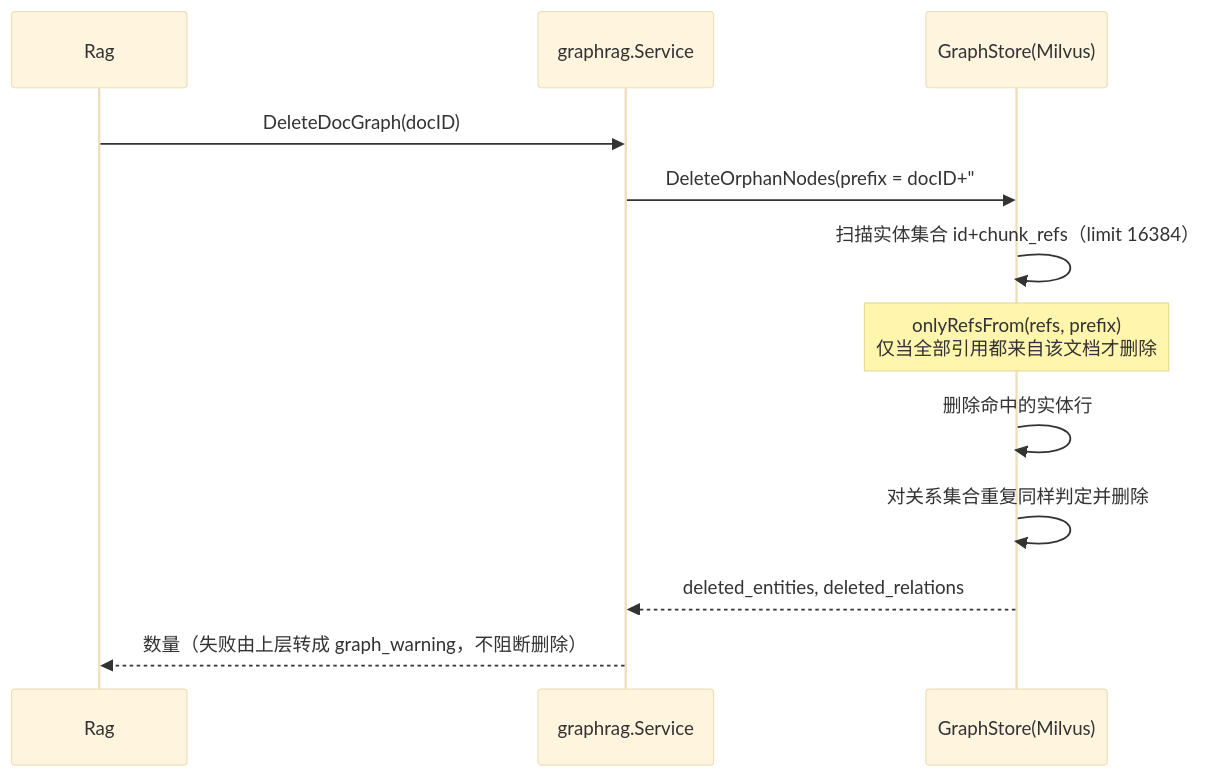
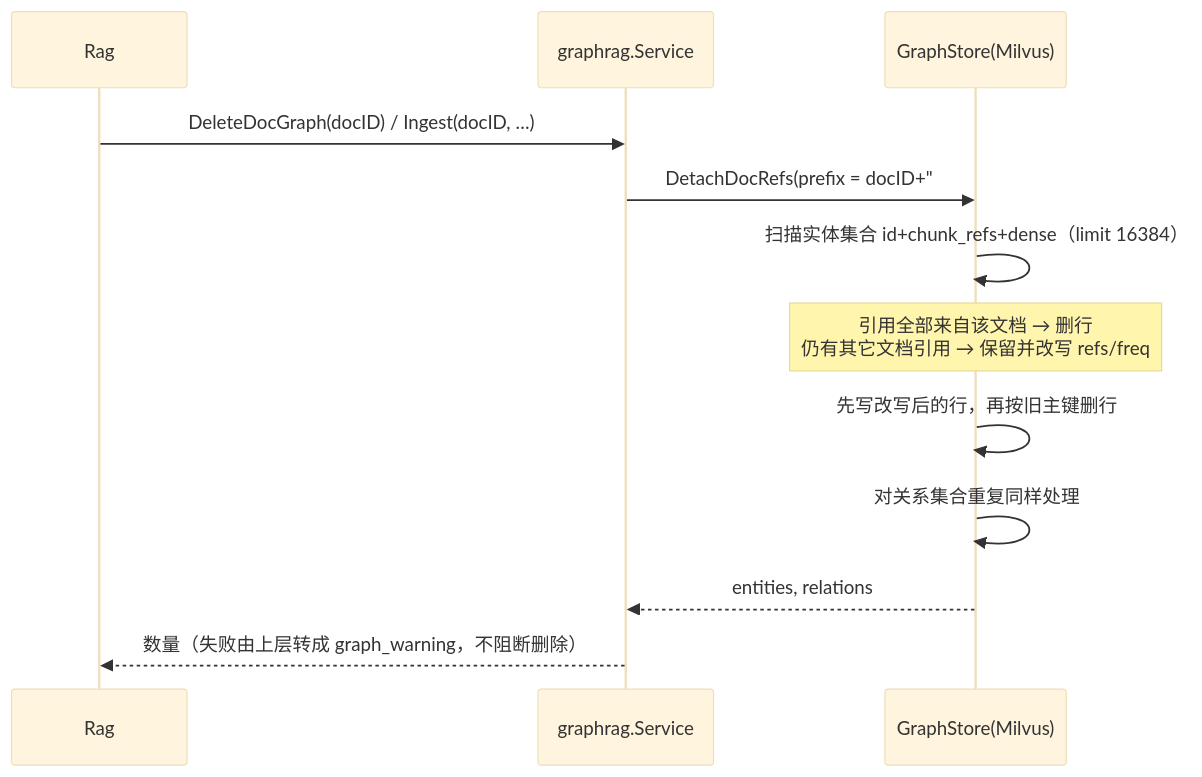
Before and after one commit to HongFeng-Chen/Meridians-Agents: the third of 3 diagrams in go_agent/internal/biz/rag/graphrag/DESIGN.md, drawn with Mermaid (base theme). The commit also changed other lines of this file and 19 other files, not shown here.

First line of the commit message:
fix(rag): 文档更新先写新版本再删旧版本，图谱摘掉旧引用

````diff
--- a/go_agent/internal/biz/rag/graphrag/DESIGN.md
+++ b/go_agent/internal/biz/rag/graphrag/DESIGN.md
@@ -156,15 +156,15 @@
 ```mermaid
 sequenceDiagram
     participant R as Rag
     participant S as graphrag.Service
     participant M as GraphStore(Milvus)
 
-    R->>S: DeleteDocGraph(docID)
-    S->>M: DeleteOrphanNodes(prefix = docID+"#")
-    M->>M: 扫描实体集合 id+chunk_refs（limit 16384）
-    Note over M: onlyRefsFrom(refs, prefix)<br/>仅当全部引用都来自该文档才删除
-    M->>M: 删除命中的实体行
-    M->>M: 对关系集合重复同样判定并删除
-    M-->>S: deleted_entities, deleted_relations
+    R->>S: DeleteDocGraph(docID) / Ingest(docID, …)
+    S->>M: DetachDocRefs(prefix = docID+"#")
+    M->>M: 扫描实体集合 id+chunk_refs+dense（limit 16384）
+    Note over M: 引用全部来自该文档 → 删行<br/>仍有其它文档引用 → 保留并改写 refs/freq
+    M->>M: 先写改写后的行，再按旧主键删行
+    M->>M: 对关系集合重复同样处理
+    M-->>S: entities, relations
     S-->>R: 数量（失败由上层转成 graph_warning，不阻断删除）
 ```
````
